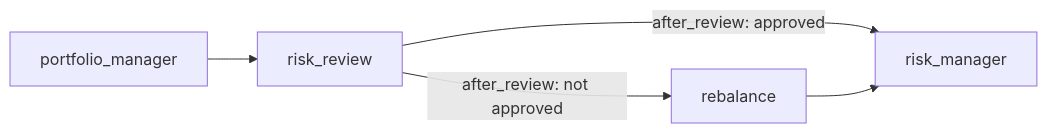
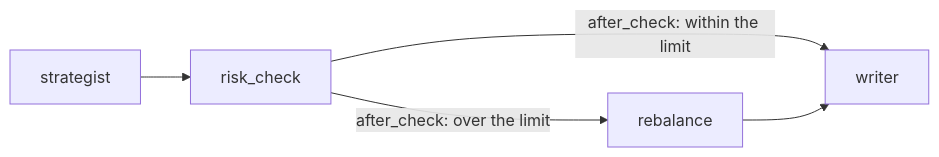
The diagram in content/LangGraph/Branches in LangGraph.md (jacopomanenti01/hackathon-notes), drawn with Mermaid before and after one commit. The commit also changed other lines of this file and 15 other files, not shown here.

````diff
--- a/content/LangGraph/Branches in LangGraph.md
+++ b/content/LangGraph/Branches in LangGraph.md
@@ -21,7 +55,7 @@
 ```mermaid
 flowchart LR
-    PM["portfolio_manager"] --> RR["risk_review"]
-    RR -->|"after_review: approved"| RM["risk_manager"]
-    RR -->|"after_review: not approved"| RB["rebalance"]
-    RB --> RM
+    P["strategist"] --> C["risk_check"]
+    C -->|"after_check: within the limit"| W["writer"]
+    C -->|"after_check: over the limit"| B["rebalance"]
+    B --> W
 ```
````
